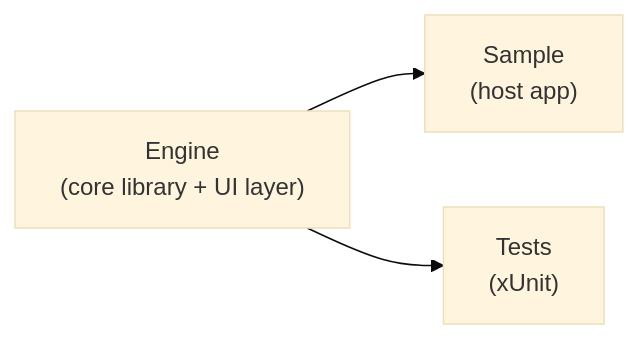
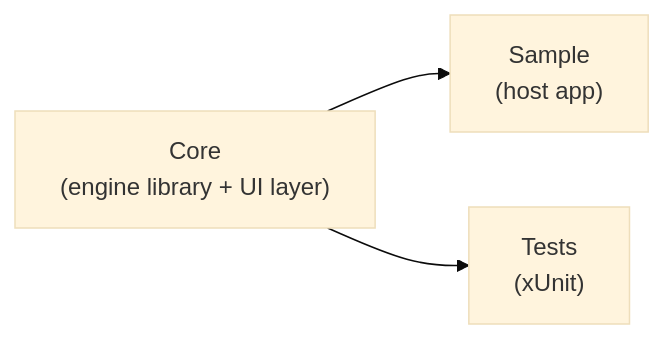
One commit to Blue-Heighliner/Comlink changed the first of 5 diagrams in Docs/Architecture.md. Above: the diagram before and after it, drawn with Mermaid (base theme). The commit also changed other lines of this file and 443 other files, not shown here.

````diff
--- a/Docs/Architecture.md
+++ b/Docs/Architecture.md
@@ -11,8 +11,8 @@
 ```mermaid
 graph LR
-    Engine["Engine\n(core library + UI layer)"]
+    Core["Core\n(engine library + UI layer)"]
     Sample["Sample\n(host app)"]
     Tests["Tests\n(xUnit)"]
-    Engine --> Sample
-    Engine --> Tests
+    Core --> Sample
+    Core --> Tests
 ```
````
